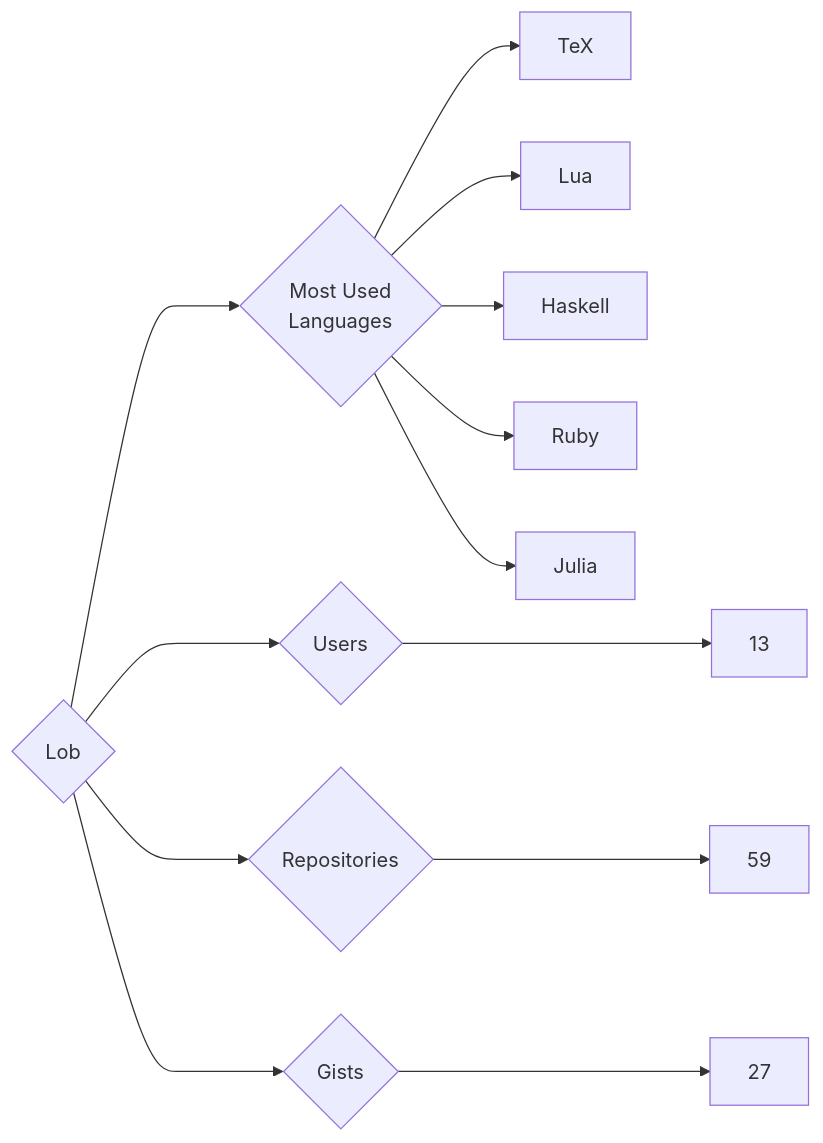
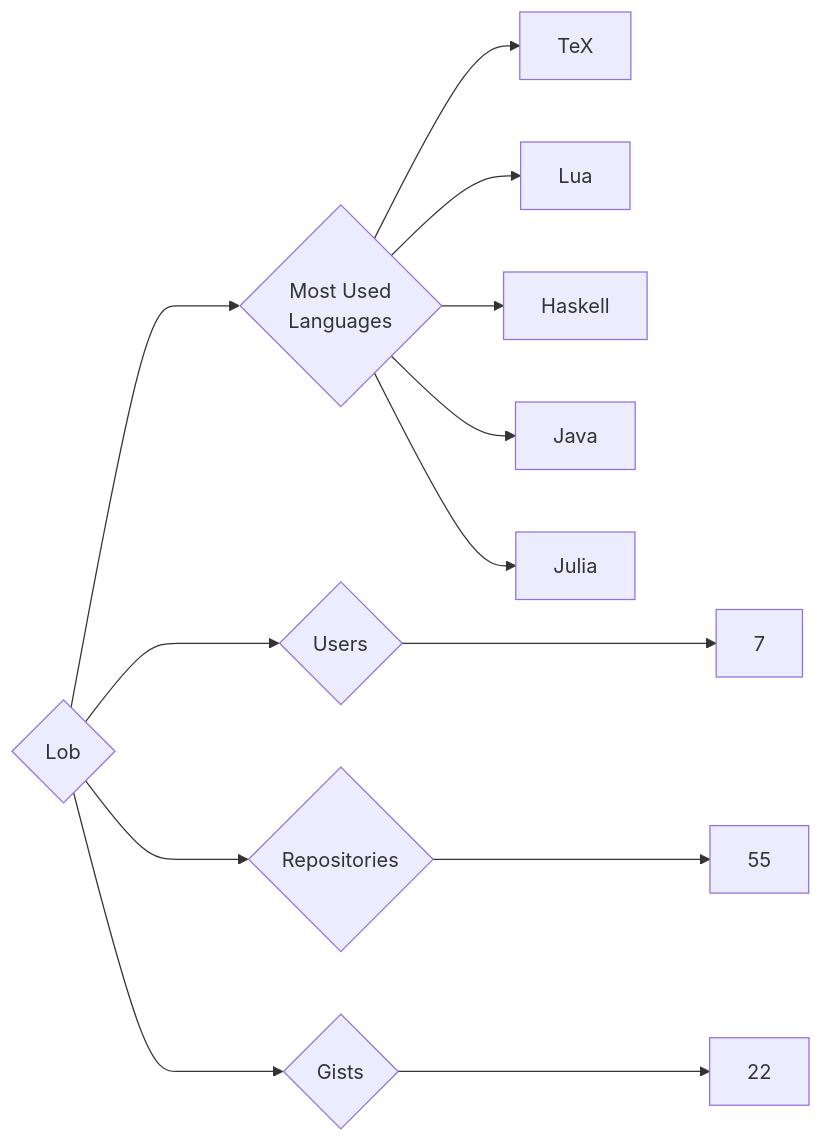
The diagram in targets/Lob/README.md (trickest/insiders), drawn with Mermaid before and after one commit. The commit also changed 1484 other files, not shown here.

````diff
--- a/targets/Lob/README.md
+++ b/targets/Lob/README.md
@@ -3,13 +3,13 @@
 ```mermaid
 graph LR
 COMPANY_NAME{Lob}
-COMPANY_NAME ---> U{Users} ---> UN[13]
-COMPANY_NAME ---> R{Repositories} ---> RN[59]
-COMPANY_NAME ---> G{Gists} ---> GN[27]
+COMPANY_NAME ---> U{Users} ---> UN[7]
+COMPANY_NAME ---> R{Repositories} ---> RN[55]
+COMPANY_NAME ---> G{Gists} ---> GN[22]
 COMPANY_NAME ---> ML{Most Used<br>Languages}
 ML --> TeX[TeX]
 ML --> Lua[Lua]
 ML --> Haskell[Haskell]
-ML --> Ruby[Ruby]
+ML --> Java[Java]
 ML --> Julia[Julia]
 ```
````
